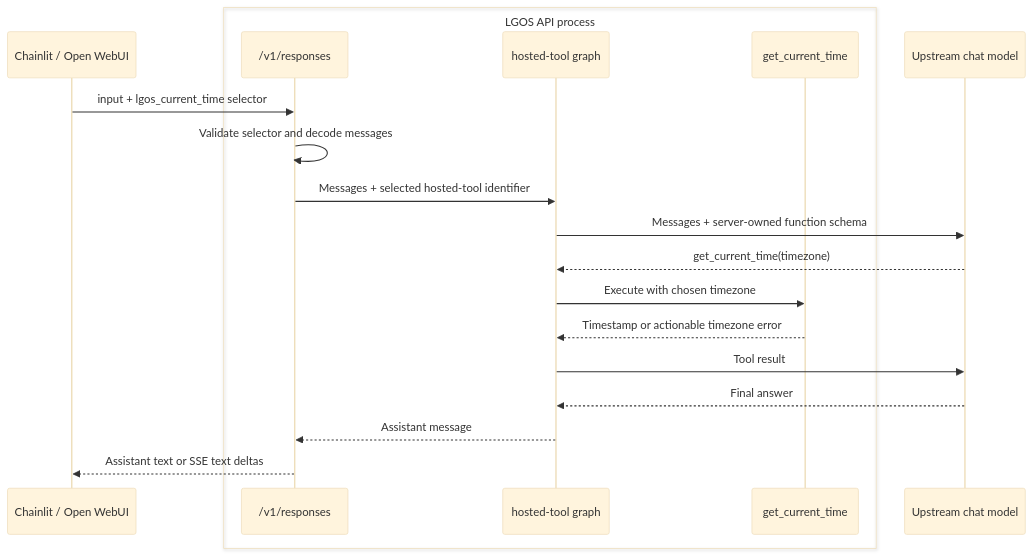
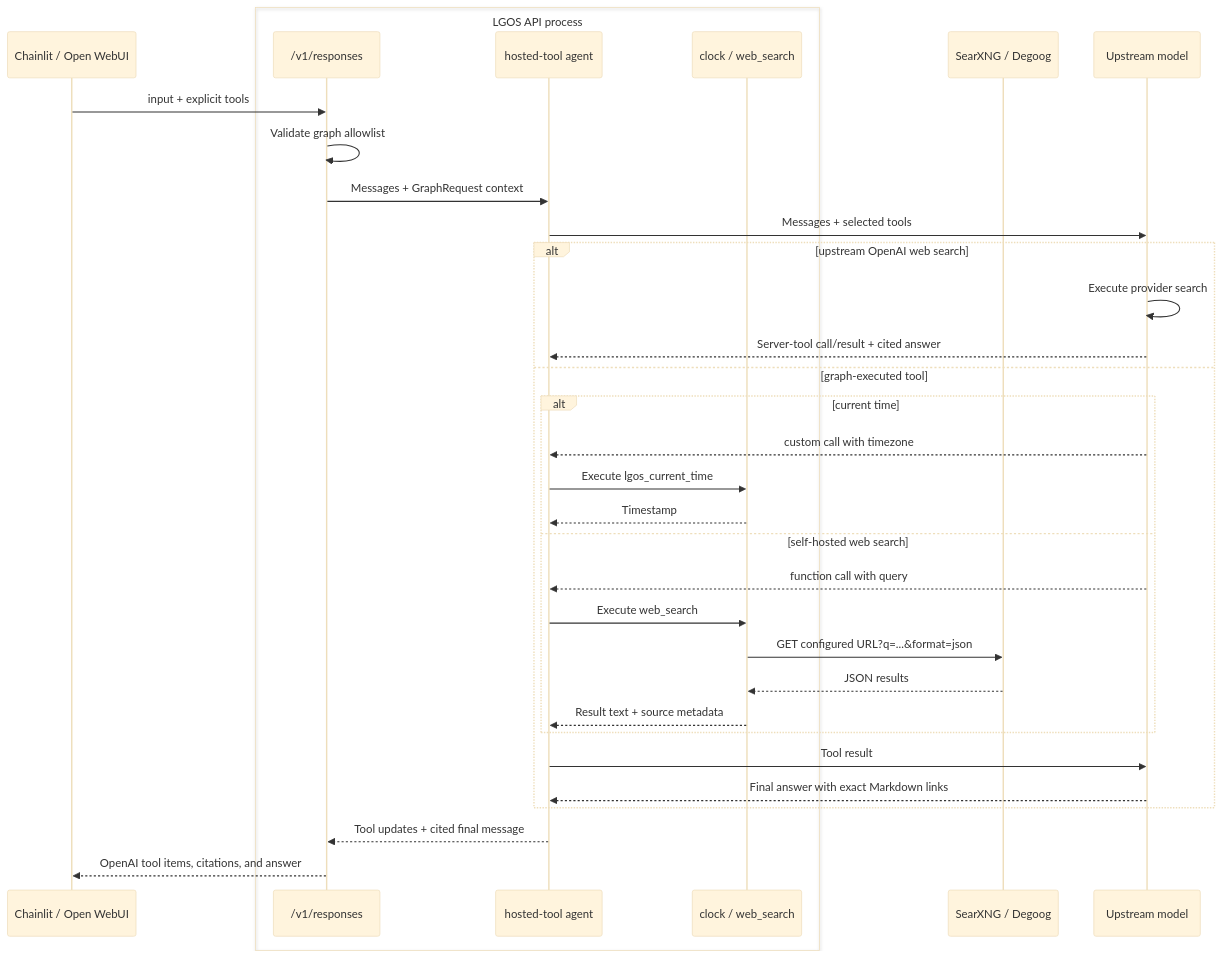
The second of 2 diagrams in docs/demo/graphs/hosted-tool.md (ilkersigirci/langgraph-openai-serve), drawn with Mermaid (base theme) before and after one commit. The commit also changed other lines of this file and 52 other files, not shown here.

First line of the commit message:
feat: web search added

````diff
--- a/docs/demo/graphs/hosted-tool.md
+++ b/docs/demo/graphs/hosted-tool.md
@@ -22,22 +33,36 @@
 ```mermaid
 sequenceDiagram
   participant UI as Chainlit / Open WebUI
   box LGOS API process
     participant API as /v1/responses
-    participant Graph as hosted-tool graph
-    participant Tool as get_current_time
+    participant Agent as hosted-tool agent
+    participant Tools as clock / web_search
   end
-  participant Model as Upstream chat model
+  participant Search as SearXNG / Degoog
+  participant Model as Upstream model
 
-  UI->>API: input + lgos_current_time selector
-  API->>API: Validate selector and decode messages
-  API->>Graph: Messages + selected hosted-tool identifier
-  Graph->>Model: Messages + server-owned function schema
-  Model-->>Graph: get_current_time(timezone)
-  Graph->>Tool: Execute with chosen timezone
-  Tool-->>Graph: Timestamp or actionable timezone error
-  Graph->>Model: Tool result
-  Model-->>Graph: Final answer
-  Graph-->>API: Assistant message
-  API-->>UI: Assistant text or SSE text deltas
+  UI->>API: input + explicit tools
+  API->>API: Validate graph allowlist
+  API->>Agent: Messages + GraphRequest context
+  Agent->>Model: Messages + selected tools
+  alt upstream OpenAI web search
+    Model->>Model: Execute provider search
+    Model-->>Agent: Server-tool call/result + cited answer
+  else graph-executed tool
+    alt current time
+      Model-->>Agent: custom call with timezone
+      Agent->>Tools: Execute lgos_current_time
+      Tools-->>Agent: Timestamp
+    else self-hosted web search
+      Model-->>Agent: function call with query
+      Agent->>Tools: Execute web_search
+      Tools->>Search: GET configured URL?q=...&format=json
+      Search-->>Tools: JSON results
+      Tools-->>Agent: Result text + source metadata
+    end
+    Agent->>Model: Tool result
+    Model-->>Agent: Final answer with exact Markdown links
+  end
+  Agent-->>API: Tool updates + cited final message
+  API-->>UI: OpenAI tool items, citations, and answer
 ```
````
